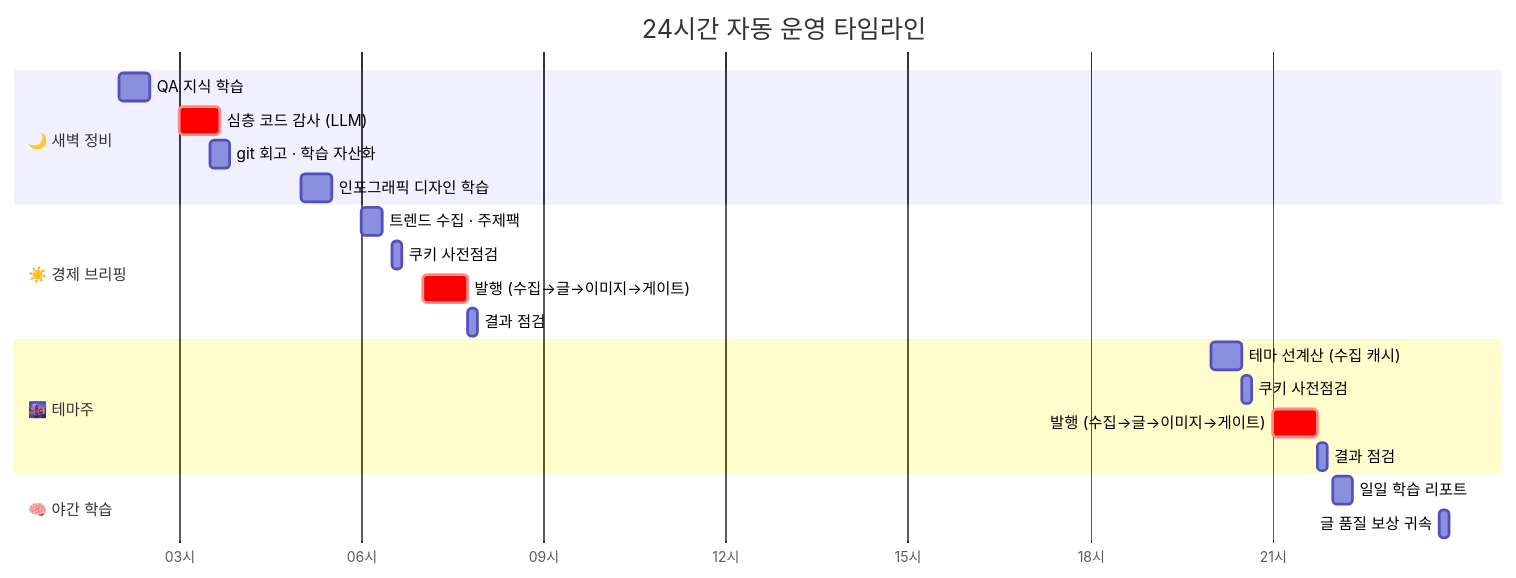
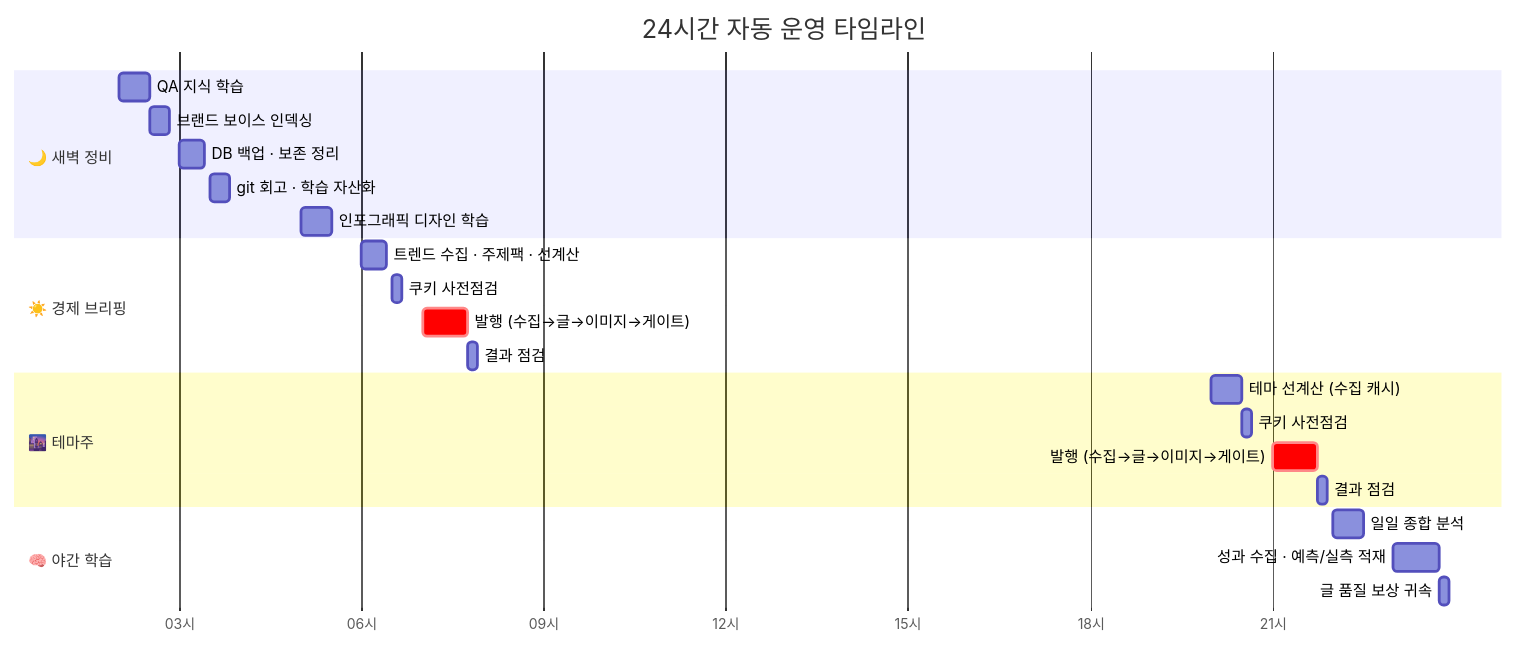
The third of 7 diagrams in README.md (youandi3535/jarvis-agent), drawn with Mermaid before and after one commit. The commit also changed other lines of this file, not shown here.

````diff
--- a/README.md
+++ b/README.md
@@ -128,28 +132,30 @@
 ```mermaid
 gantt
     title 24시간 자동 운영 타임라인
     dateFormat HH:mm
     axisFormat %H시
 
     section 🌙 새벽 정비
         QA 지식 학습              :02:00, 30m
-        심층 코드 감사 (LLM)       :crit, 03:00, 40m
+        브랜드 보이스 인덱싱        :02:30, 20m
+        DB 백업 · 보존 정리         :03:00, 25m
         git 회고 · 학습 자산화      :03:30, 20m
         인포그래픽 디자인 학습      :05:00, 30m
 
     section ☀️ 경제 브리핑
-        트렌드 수집 · 주제팩        :06:00, 20m
+        트렌드 수집 · 주제팩 · 선계산 :06:00, 25m
         쿠키 사전점검              :06:30, 10m
         발행 (수집→글→이미지→게이트) :crit, 07:00, 45m
         결과 점검                  :07:45, 10m
 
     section 🌆 테마주
         테마 선계산 (수집 캐시)     :20:00, 30m
         쿠키 사전점검              :20:30, 10m
         발행 (수집→글→이미지→게이트) :crit, 21:00, 45m
         결과 점검                  :21:45, 10m
 
     section 🧠 야간 학습
-        일일 학습 리포트           :22:00, 20m
+        일일 종합 분석             :22:00, 30m
+        성과 수집 · 예측/실측 적재   :23:00, 45m
         글 품질 보상 귀속          :23:45, 10m
 ```
````
